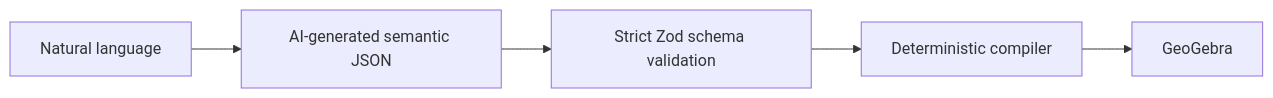
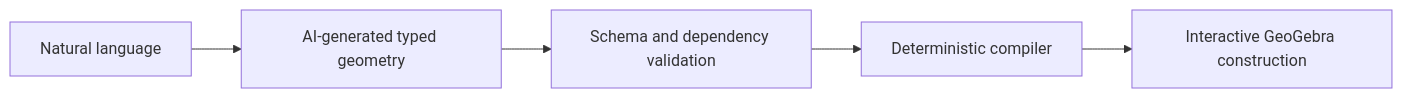
Before and after one commit to s4m256/Geogebra-Copilot: the diagram in README.md, drawn with Mermaid. The commit also changed other lines of this file and 5 other files, not shown here.

````diff
--- a/README.md
+++ b/README.md
@@ -7,7 +7,7 @@
 ```mermaid
 flowchart LR
-    A[Natural language] --> B[AI-generated semantic JSON]
-    B --> C[Strict Zod schema validation]
+    A[Natural language] --> B[AI-generated typed geometry]
+    B --> C[Schema and dependency validation]
     C --> D[Deterministic compiler]
-    D --> E[GeoGebra]
+    D --> E[Interactive GeoGebra construction]
 ```
````
